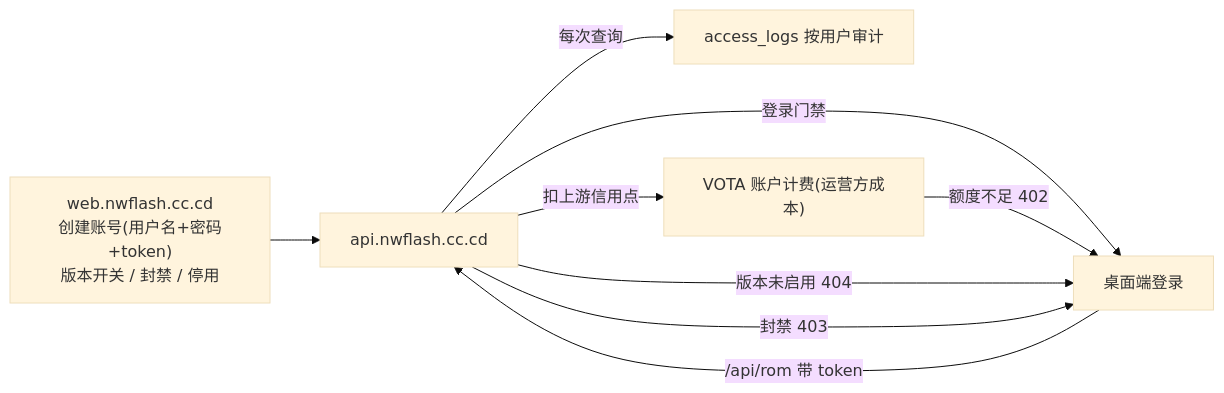
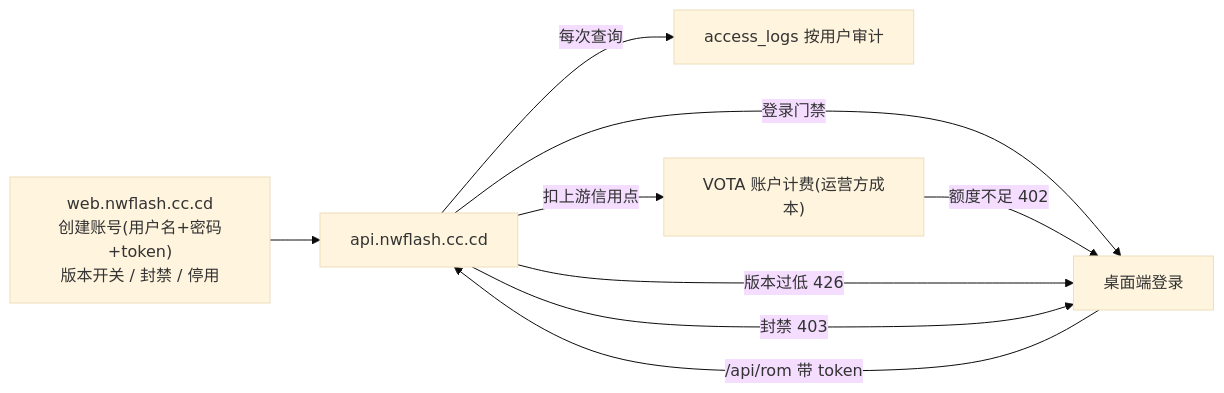
The ninth of 11 diagrams in docs/architecture.md (xxz13352/VivoKsu), drawn with Mermaid (base theme) before and after one commit. The commit also changed other lines of this file and 19 other files, not shown here.

````diff
--- a/docs/architecture.md
+++ b/docs/architecture.md
@@ -395,11 +397,11 @@
 ```mermaid
 flowchart LR
     ADMIN["web.nwflash.cc.cd<br/>创建账号(用户名+密码+token)<br/>版本开关 / 封禁 / 停用"] --> API["api.nwflash.cc.cd"]
     API -->|登录门禁| DESK["桌面端登录"]
     DESK -->|"/api/rom 带 token"| API
     API -->|每次查询| AUDIT["access_logs 按用户审计"]
     API -->|扣上游信用点| BILL["VOTA 账户计费(运营方成本)"]
     BILL -->|额度不足 402| DESK
-    API -->|版本未启用 404| DESK
+    API -->|版本过低 426| DESK
     API -->|封禁 403| DESK
 ```
````
